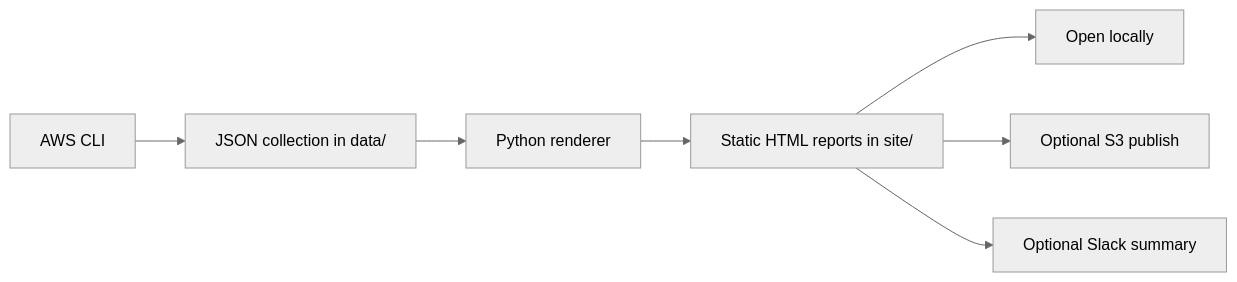
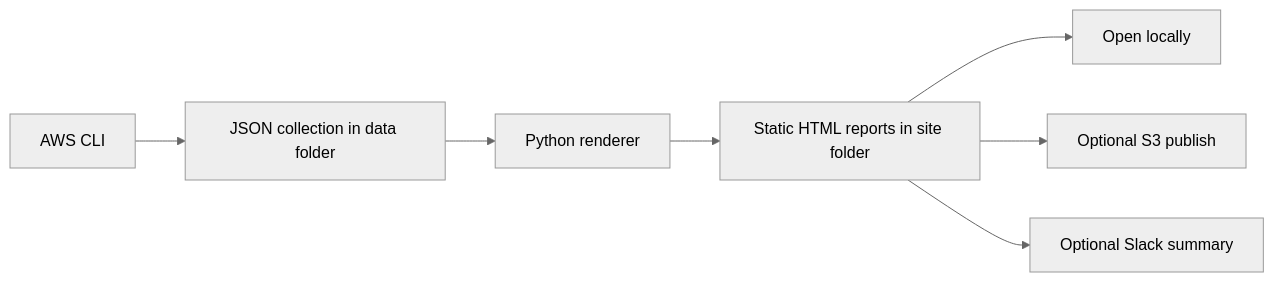
Before and after one commit to prasadtakale/InfraGlance: the diagram in README.md, drawn with Mermaid (neutral theme).

Commit message:
Fix README architecture diagram rendering

````diff
--- a/README.md
+++ b/README.md
@@ -60,9 +60,9 @@
 ```mermaid
 flowchart LR
-  A[AWS CLI] --> B[JSON collection in data/]
-  B --> C[Python renderer]
-  C --> D[Static HTML reports in site/]
-  D --> E[Open locally]
-  D --> F[Optional S3 publish]
-  D --> G[Optional Slack summary]
+  A["AWS CLI"] --> B["JSON collection in data folder"]
+  B --> C["Python renderer"]
+  C --> D["Static HTML reports in site folder"]
+  D --> E["Open locally"]
+  D --> F["Optional S3 publish"]
+  D --> G["Optional Slack summary"]
 ```
````
